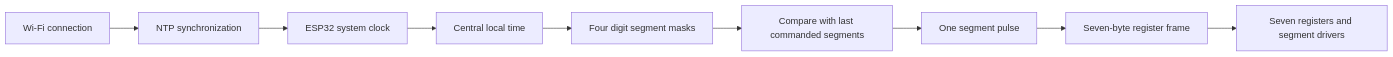
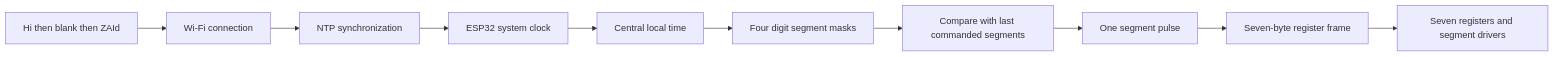
The diagram in CLOCK_DESIGN.md (ZaidA2023/Electromagnetic), drawn with Mermaid before and after one commit. The commit also changed other lines of this file and 8 other files, not shown here.

````diff
--- a/CLOCK_DESIGN.md
+++ b/CLOCK_DESIGN.md
@@ -25,11 +26,12 @@
 ```mermaid
 flowchart LR
+  S[Hi then blank then ZAId] --> W
   W[Wi-Fi connection] --> N[NTP synchronization]
   N --> T[ESP32 system clock]
   T --> Z[Central local time]
   Z --> D[Four digit segment masks]
   D --> C[Compare with last commanded segments]
   C --> P[One segment pulse]
   P --> R[Seven-byte register frame]
   R --> H[Seven registers and segment drivers]
 ```
````
